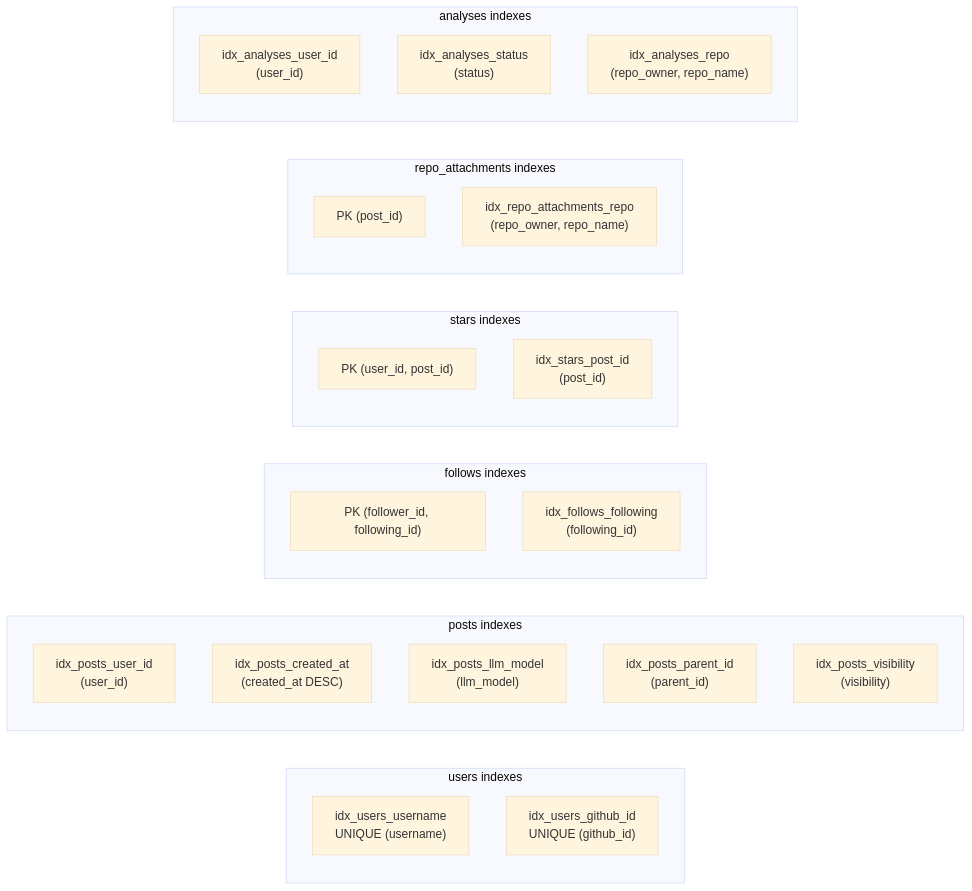
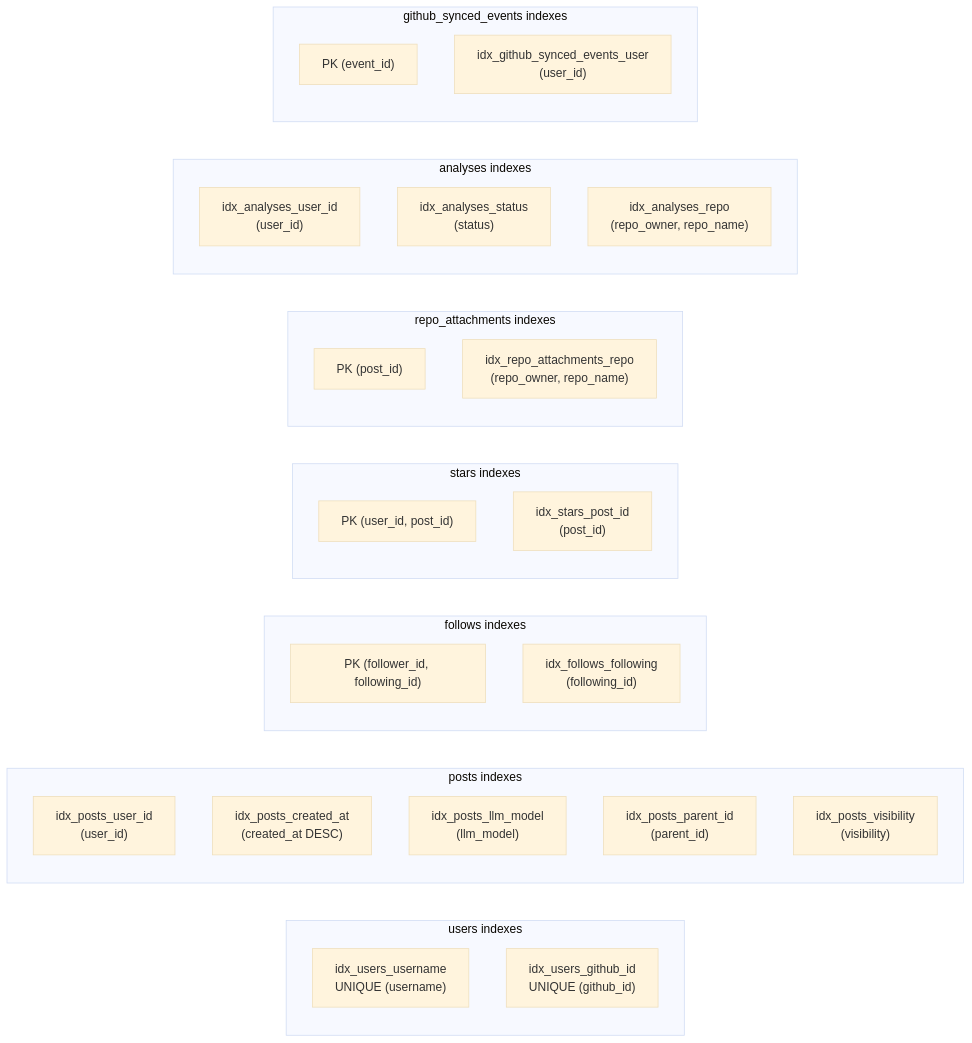
The second of 2 diagrams in docs/architecture/schema-erd.md (ccivlcid/CLItoris), drawn with Mermaid (base theme) before and after one commit. The commit also changed other lines of this file and 129 other files, not shown here.

````diff
--- a/docs/architecture/schema-erd.md
+++ b/docs/architecture/schema-erd.md
@@ -115,36 +127,41 @@
 ```mermaid
 graph LR
     subgraph "users indexes"
         U1["idx_users_username<br/>UNIQUE (username)"]
         U2["idx_users_github_id<br/>UNIQUE (github_id)"]
     end
 
     subgraph "posts indexes"
         P1["idx_posts_user_id<br/>(user_id)"]
         P2["idx_posts_created_at<br/>(created_at DESC)"]
         P3["idx_posts_llm_model<br/>(llm_model)"]
         P4["idx_posts_parent_id<br/>(parent_id)"]
         P5["idx_posts_visibility<br/>(visibility)"]
     end
 
     subgraph "follows indexes"
         F1["PK (follower_id, following_id)"]
         F2["idx_follows_following<br/>(following_id)"]
     end
 
     subgraph "stars indexes"
         S1["PK (user_id, post_id)"]
         S2["idx_stars_post_id<br/>(post_id)"]
     end
 
     subgraph "repo_attachments indexes"
         R1["PK (post_id)"]
         R2["idx_repo_attachments_repo<br/>(repo_owner, repo_name)"]
     end
 
     subgraph "analyses indexes"
         A1["idx_analyses_user_id<br/>(user_id)"]
         A2["idx_analyses_status<br/>(status)"]
         A3["idx_analyses_repo<br/>(repo_owner, repo_name)"]
     end
+
+    subgraph "github_synced_events indexes"
+        G1["PK (event_id)"]
+        G2["idx_github_synced_events_user<br/>(user_id)"]
+    end
 ```
````
